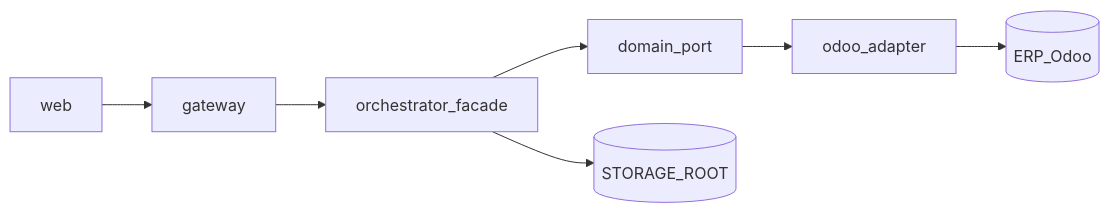
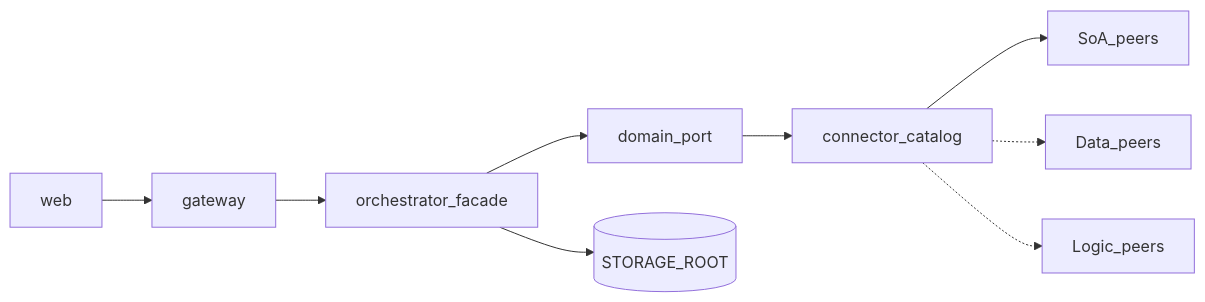
Before and after one commit to llanesleonardo/controlPanelErpOdoo: the diagram in docs/System_Design/Subsystem/SAC-004/TSD.md, drawn with Mermaid. The commit also changed other lines of this file and 431 other files, not shown here.

````diff
--- a/docs/System_Design/Subsystem/SAC-004/TSD.md
+++ b/docs/System_Design/Subsystem/SAC-004/TSD.md
@@ -115,16 +15,20 @@
 ```mermaid
 flowchart LR
   UI[web]
   Gw[gateway]
   Orch[orchestrator_facade]
   Port[domain_port]
-  Adp[odoo_adapter]
-  ERP[(ERP_Odoo)]
+  Cat[connector_catalog]
+  SoA[SoA_peers]
+  Data[Data_peers]
+  Logic[Logic_peers]
   Ev[(STORAGE_ROOT)]
   UI --> Gw
   Gw --> Orch
   Orch --> Port
-  Port --> Adp
-  Adp --> ERP
+  Port --> Cat
+  Cat --> SoA
+  Cat -.-> Data
+  Cat -.-> Logic
   Orch --> Ev
 ```
````
